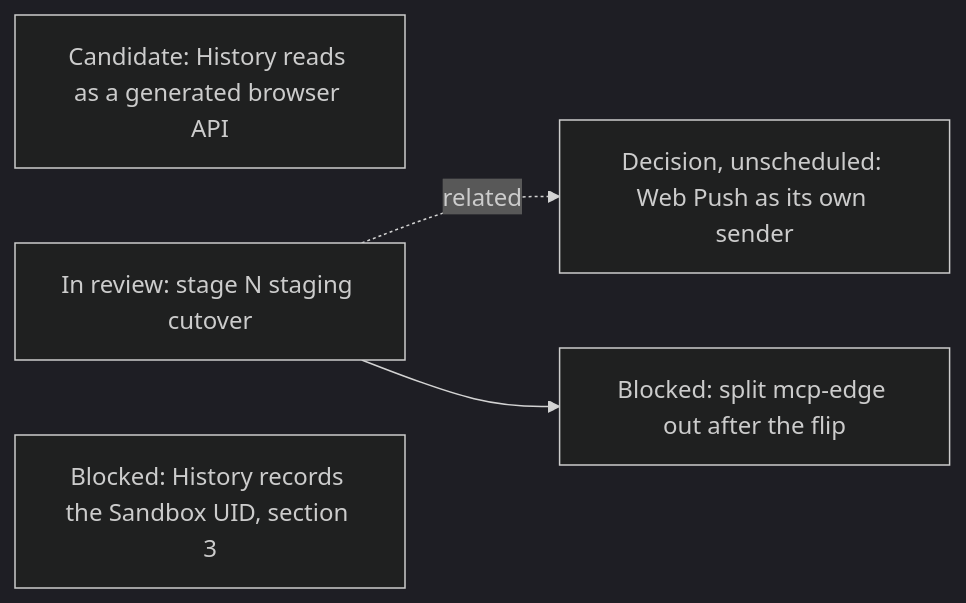
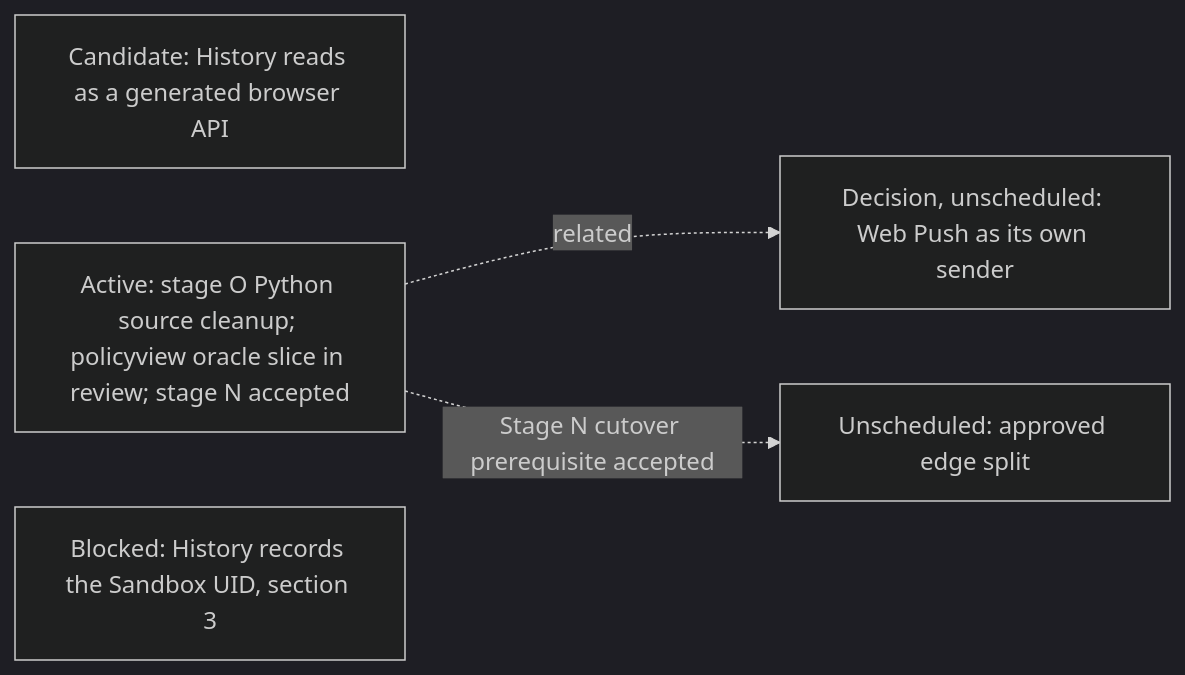
Diagram 17 of 19 in agentplane/plans/task_dag.md (agentydragon-agent/ducktape), drawn with Mermaid (dark theme) before and after one commit. The commit also changed other lines of this file and 5 other files, not shown here.

First line of the commit message:
Retire Python policy view golden oracle (#11606)

````diff
--- a/agentplane/plans/task_dag.md
+++ b/agentplane/plans/task_dag.md
@@ -1803,9 +1803,9 @@
 ```mermaid
 flowchart LR
     HISTORY_READS_FACADE[Candidate: History reads as a generated browser API]
-    ACTION_SERVICE_GO_PORT[In review: stage N staging cutover]
+    ACTION_SERVICE_GO_PORT[Active: stage O Python source cleanup; policyview oracle slice in review; stage N accepted]
     WEB_PUSH_SERVICE[Decision, unscheduled: Web Push as its own sender]
     HISTORY_SANDBOX_UID[Blocked: History records the Sandbox UID, section 3]
     ACTION_SERVICE_GO_PORT -. related .-> WEB_PUSH_SERVICE
-    ACTION_SERVICE_GO_PORT --> ACTION_MCP_EDGE_SPLIT[Blocked: split mcp-edge out after the flip]
+    ACTION_SERVICE_GO_PORT -. Stage N cutover prerequisite accepted .-> ACTION_MCP_EDGE_SPLIT[Unscheduled: approved edge split]
 ```
````
